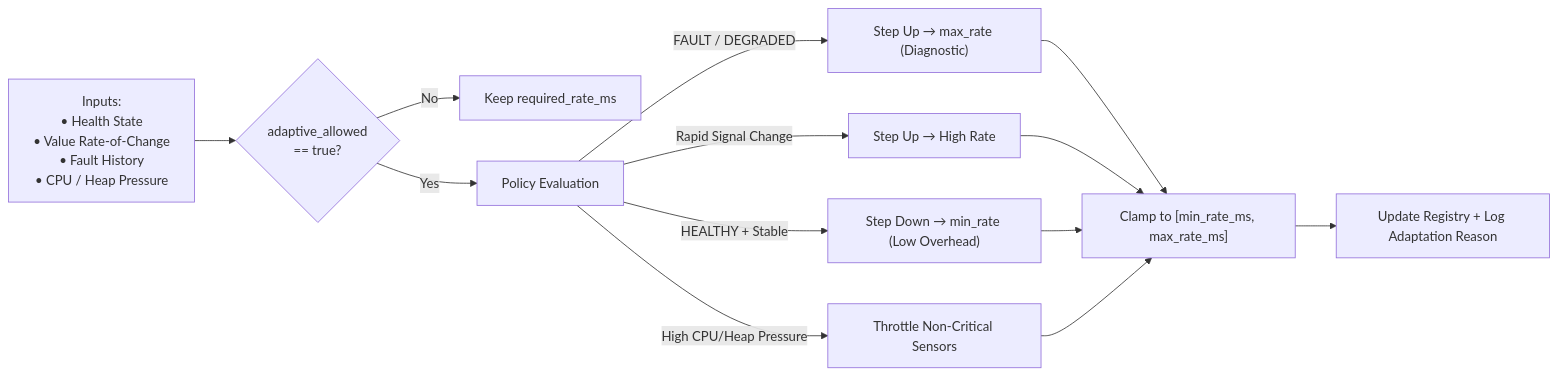
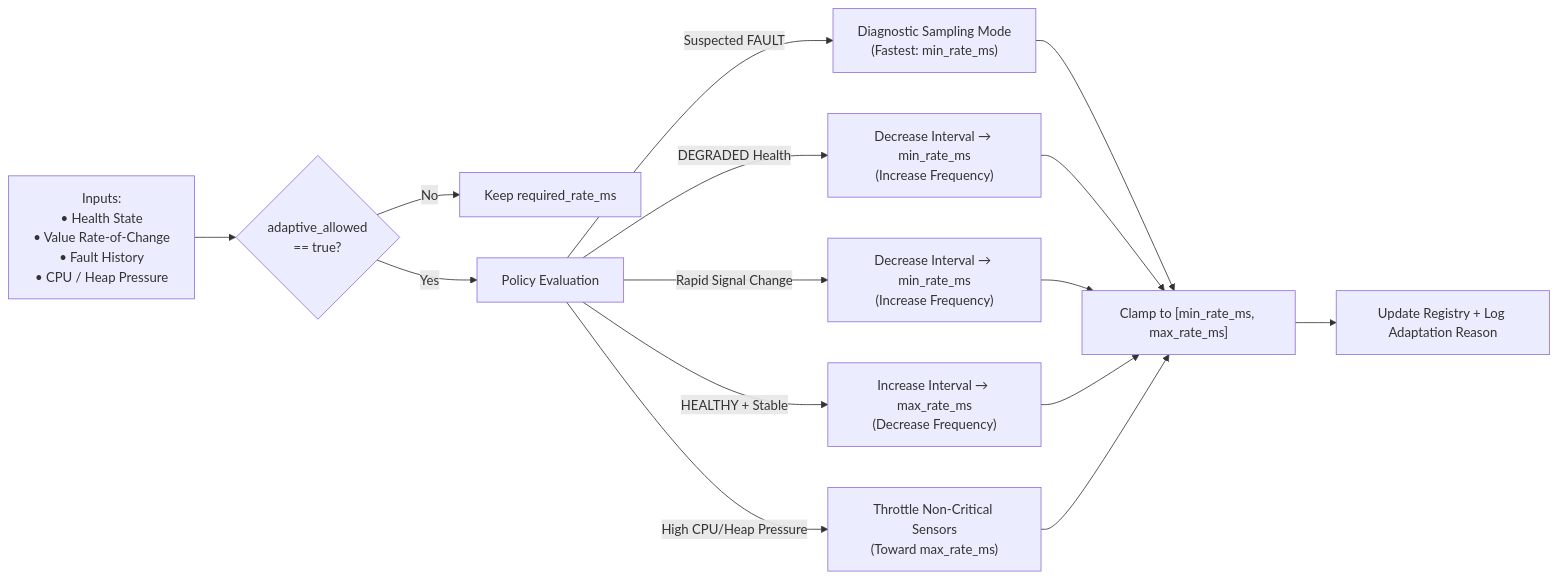
One commit to ahana4banerjee/USOS changed the sixth of 7 diagrams in Architecture.md. Above: the diagram before and after it, drawn with Mermaid. The commit also changed other lines of this file and 8 other files, not shown here.

Commit message:
docs: freeze Stage 1 architecture specification and add ADRs, API spec, and test strategy

````diff
--- a/Architecture.md
+++ b/Architecture.md
@@ -274,15 +276,17 @@
 ```mermaid
 flowchart LR
     IN["Inputs:<br/>• Health State<br/>• Value Rate-of-Change<br/>• Fault History<br/>• CPU / Heap Pressure"] --> CHK{"adaptive_allowed<br/>== true?"}
     CHK -->|"No"| FIX["Keep required_rate_ms"]
     CHK -->|"Yes"| POL["Policy Evaluation"]
-    POL -->|"FAULT / DEGRADED"| UP["Step Up → max_rate (Diagnostic)"]
-    POL -->|"Rapid Signal Change"| UP2["Step Up → High Rate"]
-    POL -->|"HEALTHY + Stable"| DN["Step Down → min_rate (Low Overhead)"]
-    POL -->|"High CPU/Heap Pressure"| CAP["Throttle Non-Critical Sensors"]
-    UP --> CLAMP["Clamp to [min_rate_ms, max_rate_ms]"]
-    UP2 --> CLAMP
-    DN --> CLAMP
+    POL -->|"Suspected FAULT"| DIAG["Diagnostic Sampling Mode<br/>(Fastest: min_rate_ms)"]
+    POL -->|"DEGRADED Health"| FAST["Decrease Interval → min_rate_ms<br/>(Increase Frequency)"]
+    POL -->|"Rapid Signal Change"| FAST2["Decrease Interval → min_rate_ms<br/>(Increase Frequency)"]
+    POL -->|"HEALTHY + Stable"| SLOW["Increase Interval → max_rate_ms<br/>(Decrease Frequency)"]
+    POL -->|"High CPU/Heap Pressure"| CAP["Throttle Non-Critical Sensors<br/>(Toward max_rate_ms)"]
+    DIAG --> CLAMP["Clamp to [min_rate_ms, max_rate_ms]"]
+    FAST --> CLAMP
+    FAST2 --> CLAMP
+    SLOW --> CLAMP
     CAP --> CLAMP
     CLAMP --> LOG["Update Registry + Log Adaptation Reason"]
 ```
````
